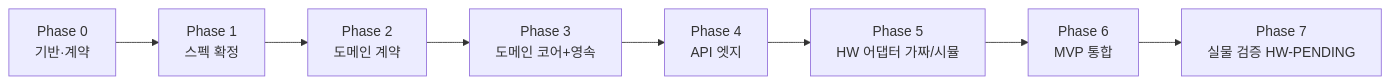
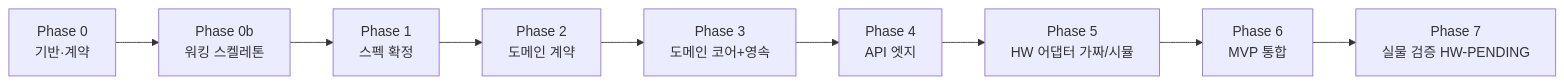
The diagram in docs/04-development-plan.md (hyunu/gyeol), drawn with Mermaid before and after one commit. The commit also changed other lines of this file and 10 other files, not shown here.

````diff
--- a/docs/04-development-plan.md
+++ b/docs/04-development-plan.md
@@ -9,10 +9,11 @@
 ```mermaid
 flowchart LR
-  P0[Phase 0<br/>기반·계약] --> P1[Phase 1<br/>스펙 확정]
+  P0[Phase 0<br/>기반·계약] --> P0b[Phase 0b<br/>워킹 스켈레톤]
+  P0b --> P1[Phase 1<br/>스펙 확정]
   P1 --> P2[Phase 2<br/>도메인 계약]
   P2 --> P3[Phase 3<br/>도메인 코어+영속]
   P3 --> P4[Phase 4<br/>API 엣지]
   P4 --> P5[Phase 5<br/>HW 어댑터 가짜/시뮬]
   P5 --> P6[Phase 6<br/>MVP 통합]
   P6 --> P7[Phase 7<br/>실물 검증 HW-PENDING]
 ```
````
